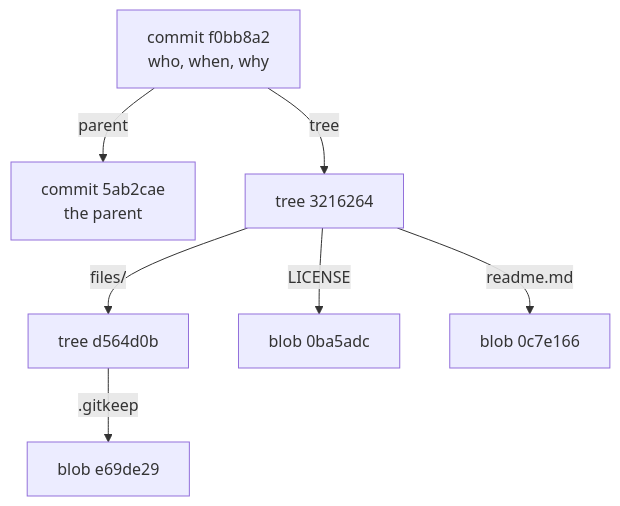
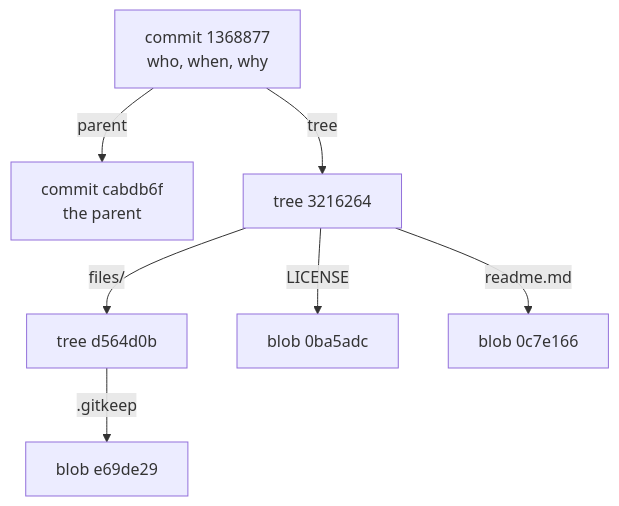
The diagram in content/en/docs/1-understanding-git/5-inside-git.md (OriPekelman/git-training), drawn with Mermaid before and after one commit. The commit also changed other lines of this file and 70 other files, not shown here.

```diff
--- a/content/en/docs/1-understanding-git/5-inside-git.md
+++ b/content/en/docs/1-understanding-git/5-inside-git.md
@@ -308,17 +308,17 @@
 {{< mermaid >}}
 graph TD
-  C["commit f0bb8a2<br/>who, when, why"]
-  P["commit 5ab2cae<br/>the parent"]
+  C["commit 1368877<br/>who, when, why"]
+  P["commit cabdb6f<br/>the parent"]
   T["tree 3216264"]
   F["tree d564d0b"]
   L["blob 0ba5adc"]
   R["blob 0c7e166"]
   K["blob e69de29"]
 
   C -->|parent| P
   C -->|tree| T
   T -->|"LICENSE"| L
   T -->|"files/"| F
   T -->|"readme.md"| R
   F -->|".gitkeep"| K
 {{< /mermaid >}}
```
